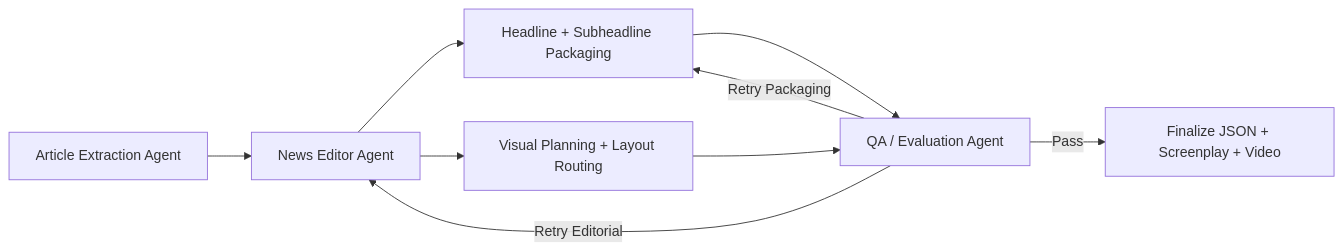
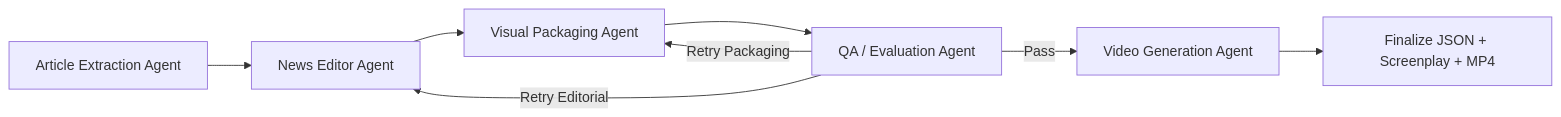
The diagram in README.md (FiscalMindset/algsochnews), drawn with Mermaid before and after one commit. The commit also changed other lines of this file and 15 other files, not shown here.

````diff
--- a/README.md
+++ b/README.md
@@ -42,11 +46,10 @@
 ```mermaid
 flowchart LR
     A["Article Extraction Agent"] --> B["News Editor Agent"]
-    B --> C1["Headline + Subheadline Packaging"]
-    B --> C2["Visual Planning + Layout Routing"]
-    C1 --> D["QA / Evaluation Agent"]
-    C2 --> D["QA / Evaluation Agent"]
-    D -->|Pass| E["Finalize JSON + Screenplay + Video"]
+    B --> C["Visual Packaging Agent"]
+    C --> D["QA / Evaluation Agent"]
+    D -->|Pass| E["Video Generation Agent"]
+    E --> F["Finalize JSON + Screenplay + MP4"]
     D -->|Retry Editorial| B
-    D -->|Retry Packaging| C1
+    D -->|Retry Packaging| C
 ```
````
